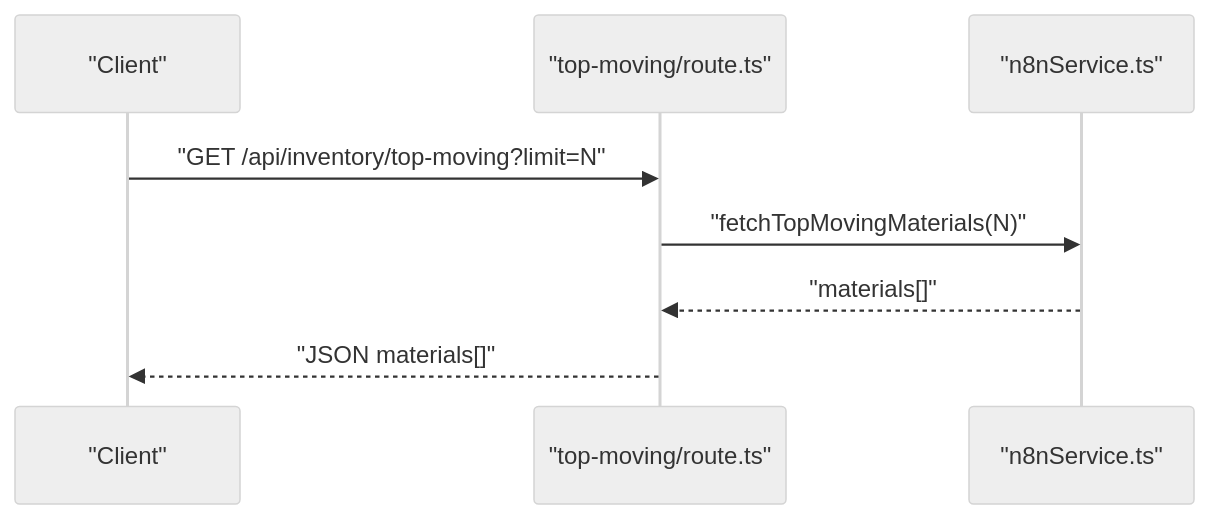
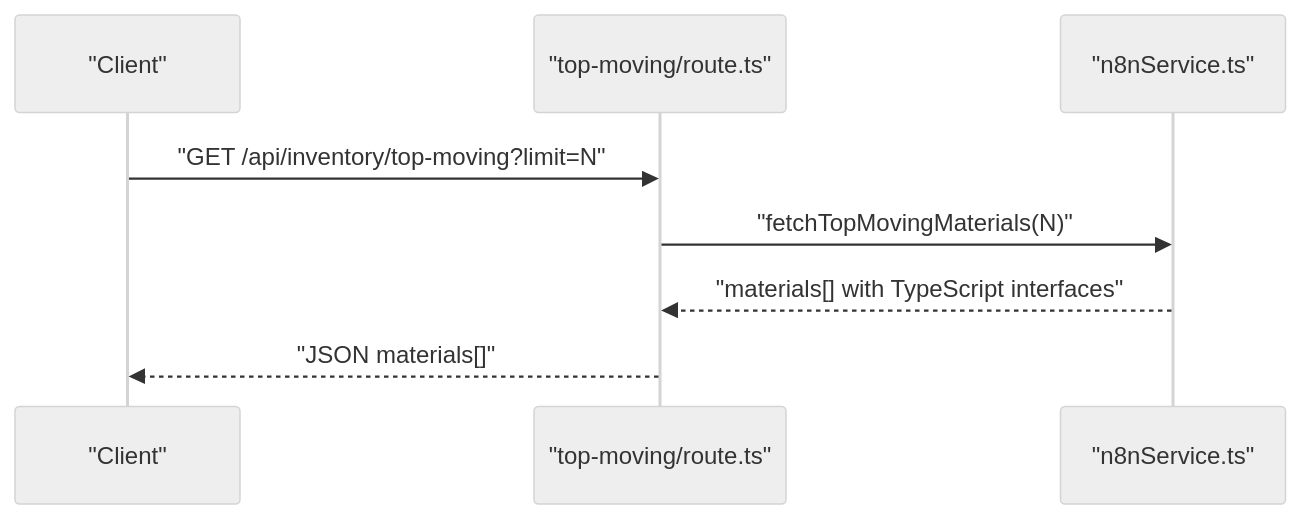
The eighth of 9 diagrams in .qoder/repowiki/en/content/Services Layer/Services Layer.md (cacamarica/dashboard-ai), drawn with Mermaid (neutral theme) before and after one commit. The commit also changed other lines of this file and 5 other files, not shown here.

First line of the commit message:
feat(ai-assistant): enhance AI integration with TypeScript and confidence scoring

````diff
--- a/.qoder/repowiki/en/content/Services Layer/Services Layer.md
+++ b/.qoder/repowiki/en/content/Services Layer/Services Layer.md
@@ -364,10 +389,10 @@
 ```mermaid
 sequenceDiagram
 participant Client as "Client"
 participant API as "top-moving/route.ts"
 participant N8N as "n8nService.ts"
 Client->>API : "GET /api/inventory/top-moving?limit=N"
 API->>N8N : "fetchTopMovingMaterials(N)"
-N8N-->>API : "materials[]"
+N8N-->>API : "materials[] with TypeScript interfaces"
 API-->>Client : "JSON materials[]"
 ```
````
